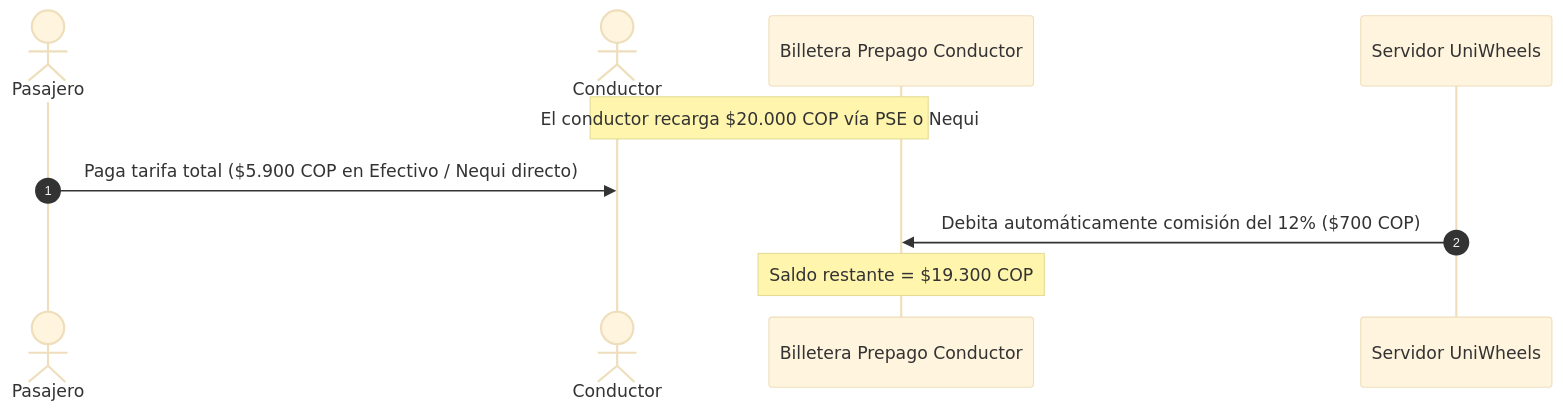
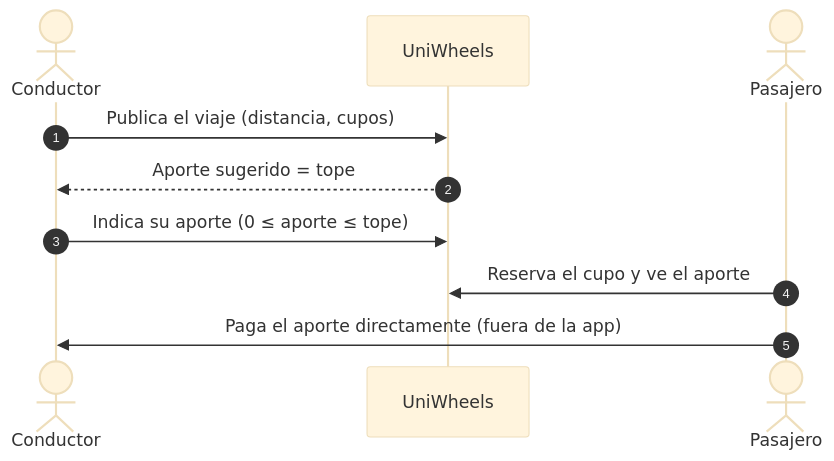
The diagram in docs/REGLAS_DE_NEGOCIO_Y_TARIFAS.md (Santiago-Serrano2004/UniWheels), drawn with Mermaid (base theme) before and after one commit. The commit also changed other lines of this file and 2 other files, not shown here.

````diff
--- a/docs/REGLAS_DE_NEGOCIO_Y_TARIFAS.md
+++ b/docs/REGLAS_DE_NEGOCIO_Y_TARIFAS.md
@@ -11,13 +17,13 @@
 ```mermaid
 sequenceDiagram
     autonumber
+    actor Conductor
+    participant App as UniWheels
     actor Pasajero
-    actor Conductor
-    participant Billetera as Billetera Prepago Conductor
-    participant App as Servidor UniWheels
 
-    Note over Conductor,Billetera: El conductor recarga $20.000 COP vía PSE o Nequi
-    Pasajero->>Conductor: Paga tarifa total ($5.900 COP en Efectivo / Nequi directo)
-    App->>Billetera: Debita automáticamente comisión del 12% ($700 COP)
-    Note over Billetera: Saldo restante = $19.300 COP
+    Conductor->>App: Publica el viaje (distancia, cupos)
+    App-->>Conductor: Aporte sugerido = tope
+    Conductor->>App: Indica su aporte (0 ≤ aporte ≤ tope)
+    Pasajero->>App: Reserva el cupo y ve el aporte
+    Pasajero->>Conductor: Paga el aporte directamente (fuera de la app)
 ```
````
